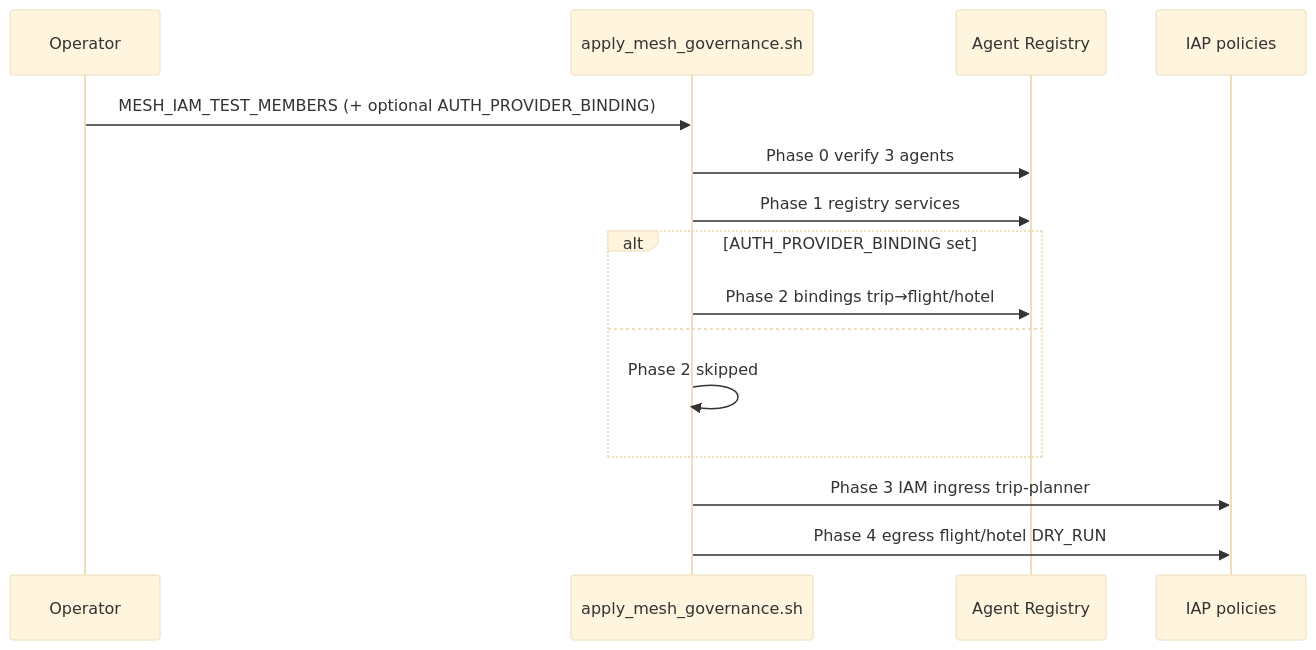
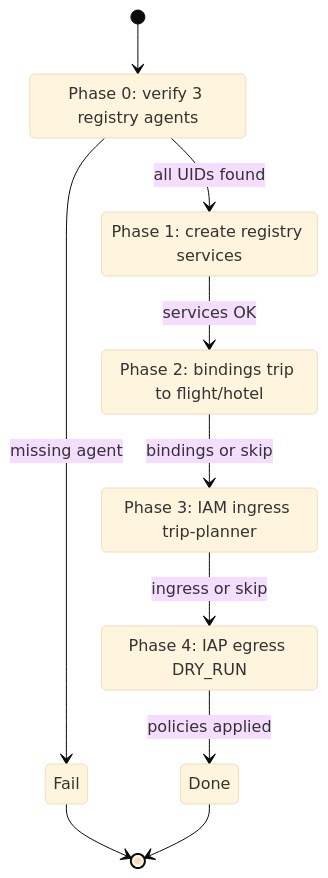
The third of 5 diagrams in docs/guides/04-mesh-governance.md (yu-iskw/agent-cli-demo), drawn with Mermaid (base theme) before and after one commit. The commit also changed other lines of this file and 22 other files, not shown here.

First line of the commit message:
feat(mesh): SequentialAgent A2A pipeline, gateway demo, and test fixes

````diff
--- a/docs/guides/04-mesh-governance.md
+++ b/docs/guides/04-mesh-governance.md
@@ -131,18 +129,20 @@
 ```mermaid
-sequenceDiagram
-  participant Op as Operator
-  participant Script as apply_mesh_governance.sh
-  participant Reg as Agent Registry
-  participant IAP as IAP policies
+stateDiagram-v2
+  [*] --> P0
+  state "Phase 0: verify 3 registry agents" as P0
+  state "Phase 1: create registry services" as P1
+  state "Phase 2: bindings trip to flight/hotel" as P2
+  state "Phase 3: IAM ingress trip-planner" as P3
+  state "Phase 4: IAP egress DRY_RUN" as P4
+  state "Done" as Done
+  state "Fail" as Fail
 
-  Op->>Script: MESH_IAM_TEST_MEMBERS (+ optional AUTH_PROVIDER_BINDING)
-  Script->>Reg: Phase 0 verify 3 agents
-  Script->>Reg: Phase 1 registry services
-  alt AUTH_PROVIDER_BINDING set
-    Script->>Reg: Phase 2 bindings trip→flight/hotel
-  else
-    Script->>Script: Phase 2 skipped
-  end
-  Script->>IAP: Phase 3 IAM ingress trip-planner
-  Script->>IAP: Phase 4 egress flight/hotel DRY_RUN
+  P0 --> P1: all UIDs found
+  P0 --> Fail: missing agent
+  P1 --> P2: services OK
+  P2 --> P3: bindings or skip
+  P3 --> P4: ingress or skip
+  P4 --> Done: policies applied
+  Fail --> [*]
+  Done --> [*]
 ```
````
